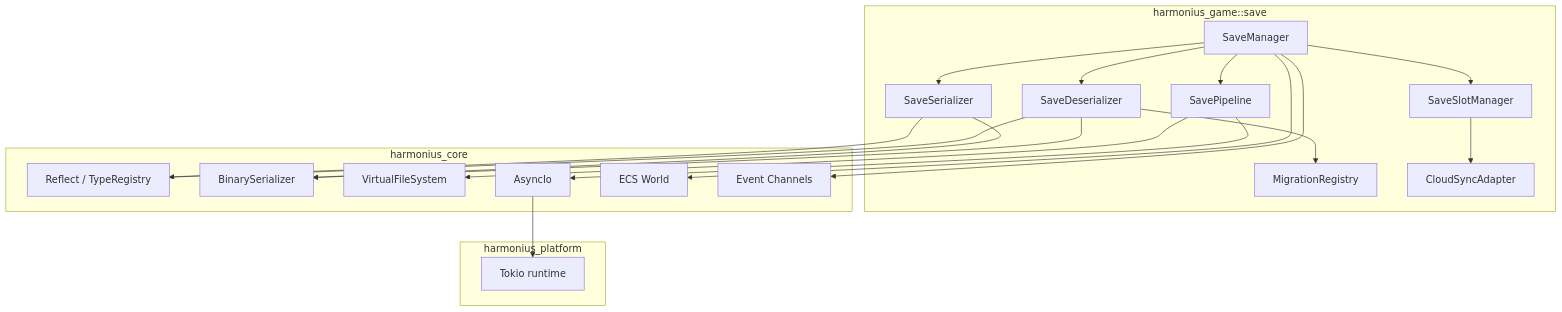
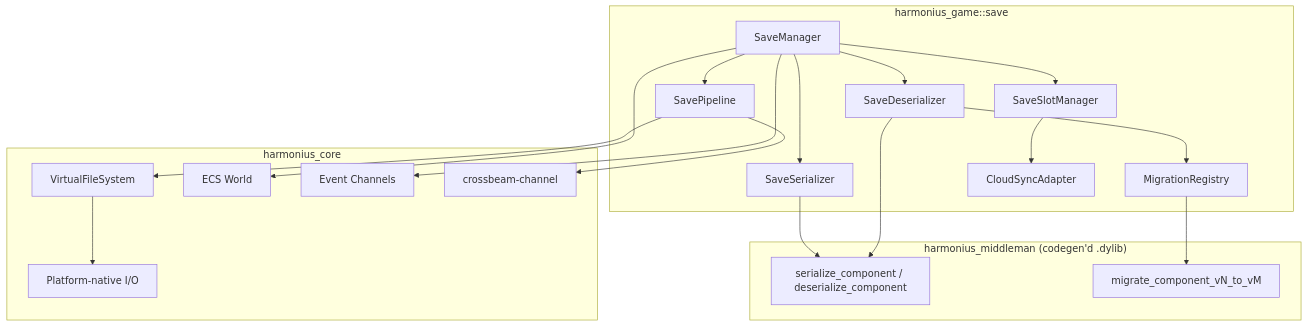
The first of 8 diagrams in docs/design/game-framework/save-system.md (harmonius-dev/harmonius), drawn with Mermaid before and after one commit. The commit also changed other lines of this file and 174 other files, not shown here.

````diff
--- a/docs/design/game-framework/save-system.md
+++ b/docs/design/game-framework/save-system.md
@@ -62,43 +65,42 @@
 ```mermaid
 graph TD
     subgraph "harmonius_game::save"
         SM[SaveManager]
         SS[SaveSerializer]
         SD[SaveDeserializer]
         MG[MigrationRegistry]
         SP[SavePipeline]
         SL[SaveSlotManager]
         CS[CloudSyncAdapter]
     end
 
+    subgraph "harmonius_middleman (codegen'd .dylib)"
+        CG[serialize_component / deserialize_component]
+        MF[migrate_component_vN_to_vM]
+    end
+
     subgraph "harmonius_core"
-        RF[Reflect / TypeRegistry]
-        SR[BinarySerializer]
         VFS[VirtualFileSystem]
-        AIO[AsyncIo]
+        PIO[Platform-native I/O]
         ECS[ECS World]
         EV[Event Channels]
-    end
-
-    subgraph "harmonius_platform"
-        RE[Tokio runtime]
+        CH[crossbeam-channel]
     end
 
     SM --> SS
     SM --> SD
     SM --> SP
     SM --> SL
     SD --> MG
-    SP --> AIO
     SP --> VFS
     SL --> CS
 
-    SS --> RF
-    SS --> SR
-    SD --> RF
-    SD --> SR
+    SS --> CG
+    SD --> CG
+    MG --> MF
 
+    VFS --> PIO
+    SP --> CH
     SM --> ECS
     SM --> EV
-    AIO --> RE
 ```
````
